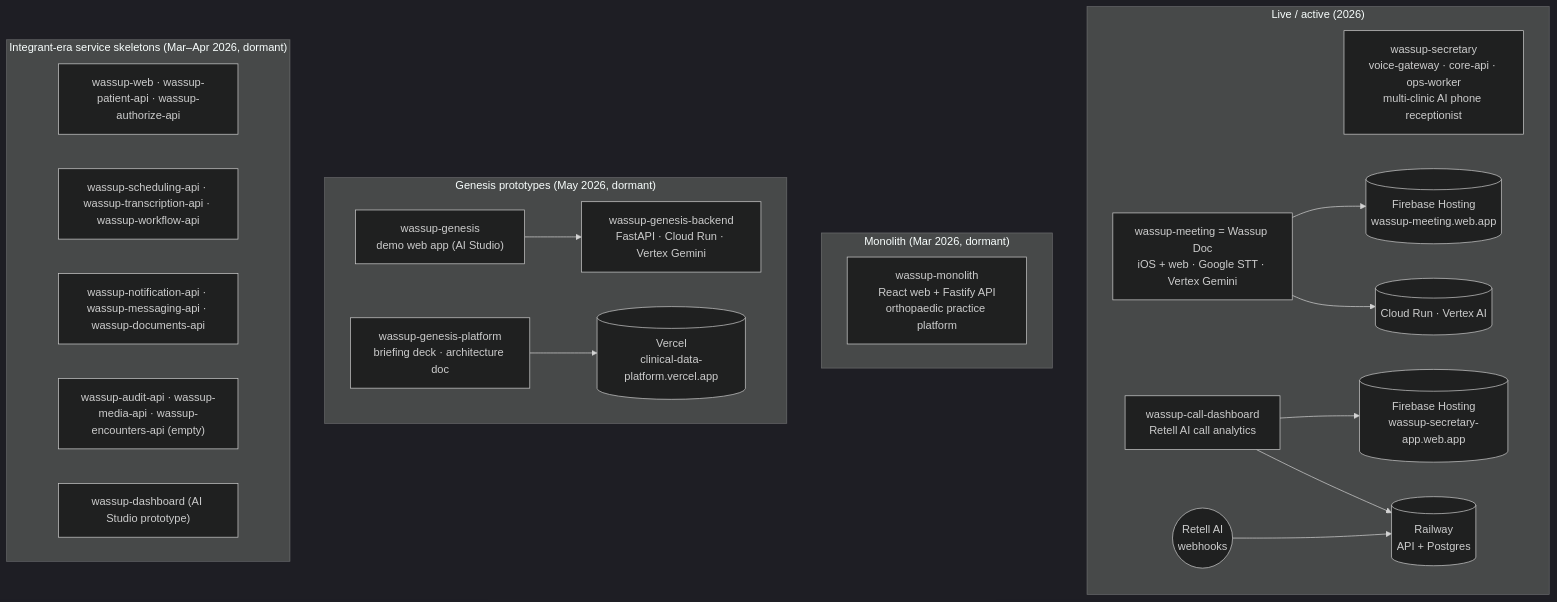
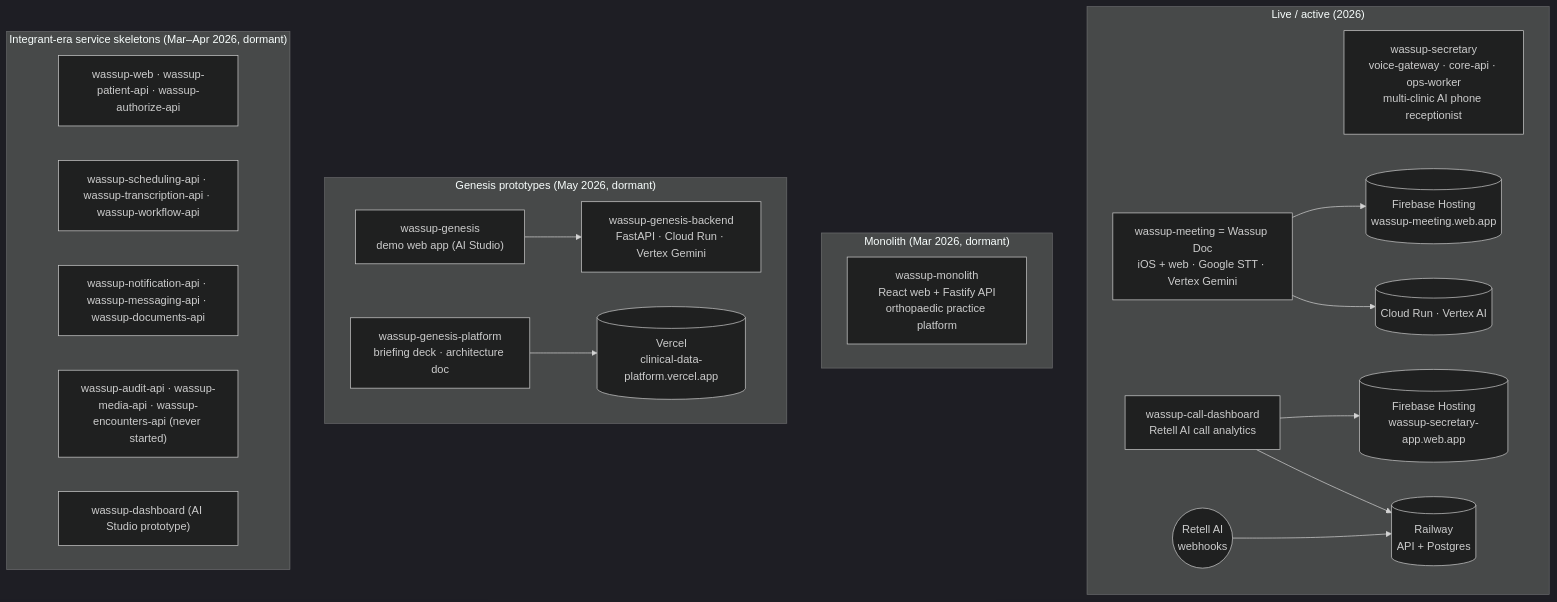
One commit to Algorythmos-AI/algorythmos-handbook changed the second of 4 diagrams in docs/architecture.md. Above: the diagram before and after it, drawn with Mermaid (dark theme). The commit also changed other lines of this file and 4 other files, not shown here.

````diff
--- a/docs/architecture.md
+++ b/docs/architecture.md
@@ -37,36 +37,36 @@
 ```mermaid
 flowchart TB
   subgraph live["Live / active (2026)"]
     sec["wassup-secretary<br/>voice-gateway · core-api · ops-worker<br/>multi-clinic AI phone receptionist"]
     doc["wassup-meeting = Wassup Doc<br/>iOS + web · Google STT · Vertex Gemini"]
     cd["wassup-call-dashboard<br/>Retell AI call analytics"]
     fbdoc[("Firebase Hosting<br/>wassup-meeting.web.app")]
     run[("Cloud Run · Vertex AI")]
     fbcd[("Firebase Hosting<br/>wassup-secretary-app.web.app")]
     rail[("Railway<br/>API + Postgres")]
     retell(("Retell AI<br/>webhooks"))
     doc --> fbdoc
     doc --> run
     cd --> fbcd
     cd --> rail
     retell --> rail
   end
   subgraph mono["Monolith (Mar 2026, dormant)"]
     m["wassup-monolith<br/>React web + Fastify API<br/>orthopaedic practice platform"]
   end
   subgraph gen["Genesis prototypes (May 2026, dormant)"]
     gb["wassup-genesis-backend<br/>FastAPI · Cloud Run · Vertex Gemini"]
     gw["wassup-genesis<br/>demo web app (AI Studio)"]
     gp["wassup-genesis-platform<br/>briefing deck · architecture doc"]
     gv[("Vercel<br/>clinical-data-platform.vercel.app")]
     gw --> gb
     gp --> gv
   end
   subgraph skel["Integrant-era service skeletons (Mar–Apr 2026, dormant)"]
     s1["wassup-web · wassup-patient-api · wassup-authorize-api"]
     s2["wassup-scheduling-api · wassup-transcription-api · wassup-workflow-api"]
     s3["wassup-notification-api · wassup-messaging-api · wassup-documents-api"]
-    s4["wassup-audit-api · wassup-media-api · wassup-encounters-api (empty)"]
+    s4["wassup-audit-api · wassup-media-api · wassup-encounters-api (never started)"]
     dash["wassup-dashboard (AI Studio prototype)"]
   end
 ```
````
